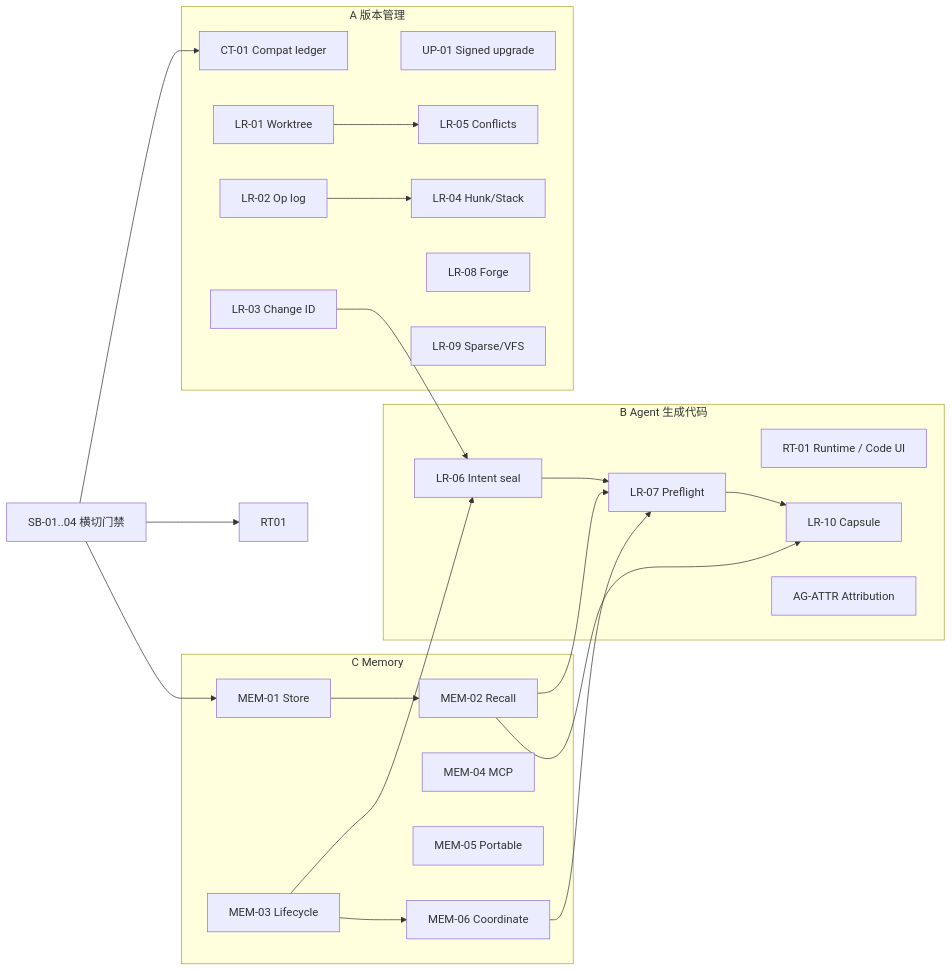
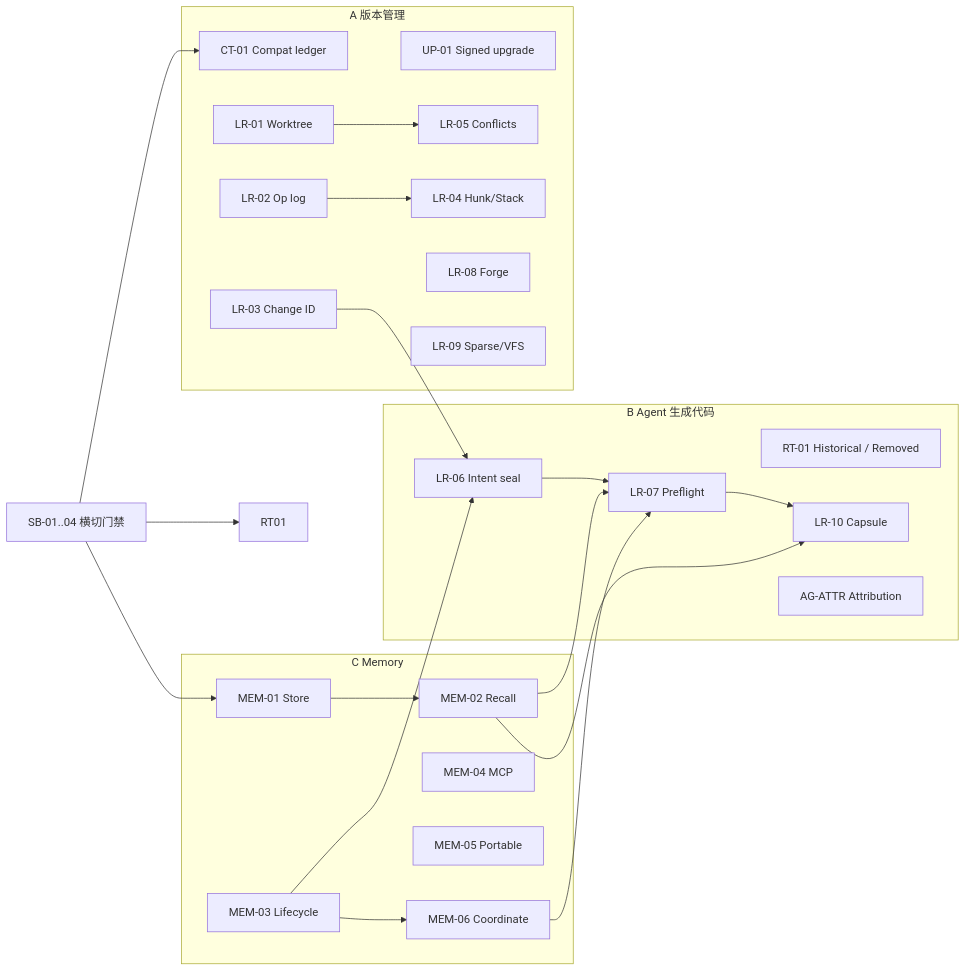
Before and after one commit to Anduin9527/libra: the diagram in docs/development/plan/plan-long.md, drawn with Mermaid. The commit also changed other lines of this file and 5 other files, not shown here.

````diff
--- a/docs/development/plan/plan-long.md
+++ b/docs/development/plan/plan-long.md
@@ -330,44 +333,44 @@
 ```mermaid
 flowchart LR
   subgraph VCS[A 版本管理]
     CT01[CT-01 Compat ledger]
     UP01[UP-01 Signed upgrade]
     LR01[LR-01 Worktree]
     LR02[LR-02 Op log]
     LR03[LR-03 Change ID]
     LR04[LR-04 Hunk/Stack]
     LR05[LR-05 Conflicts]
     LR08[LR-08 Forge]
     LR09[LR-09 Sparse/VFS]
   end
   subgraph AG[B Agent 生成代码]
     LR06[LR-06 Intent seal]
     LR07[LR-07 Preflight]
-    RT[RT-01 Runtime / Code UI]
+    RT[RT-01 Historical / Removed]
     LR10[LR-10 Capsule]
     AGATTR[AG-ATTR Attribution]
   end
   subgraph MEM[C Memory]
     MEM01[MEM-01 Store]
     MEM02[MEM-02 Recall]
     MEM03[MEM-03 Lifecycle]
     MEM04[MEM-04 MCP]
     MEM05[MEM-05 Portable]
     MEM06[MEM-06 Coordinate]
   end
   SB[SB-01..04 横切门禁]
   SB --> CT01
   SB --> RT01
   SB --> MEM01
   LR01 --> LR05
   LR02 --> LR04
   LR03 --> LR06
   LR06 --> LR07
   MEM01 --> MEM02
   MEM02 --> LR07
   MEM03 --> LR06
   LR07 --> LR10
   MEM02 --> LR10
   MEM06 --> LR07
   MEM03 --> MEM06
 ```
````
